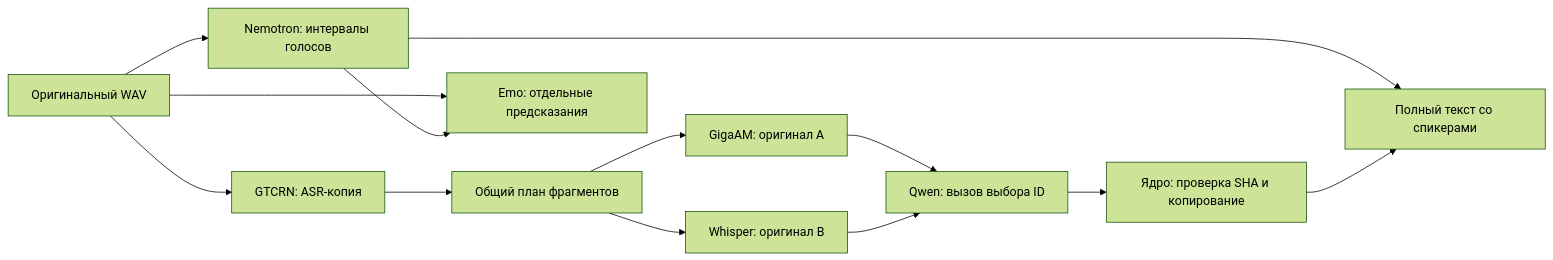
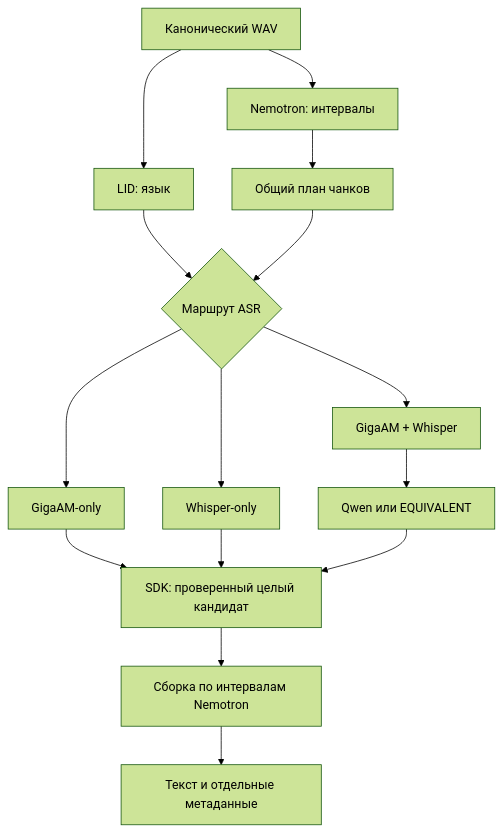
The diagram in docs/architecture/quality-engine.md (Droidje/vexto), drawn with Mermaid (forest theme) before and after one commit. The commit also changed other lines of this file and 30 other files, not shown here.

````diff
--- a/docs/architecture/quality-engine.md
+++ b/docs/architecture/quality-engine.md
@@ -7,15 +7,17 @@
 ```mermaid
-flowchart LR
-    O[Оригинальный WAV] --> N[Nemotron: интервалы голосов]
-    O --> D[GTCRN: ASR-копия]
-    D --> C[Общий план фрагментов]
-    C --> G[GigaAM: оригинал A]
-    C --> W[Whisper: оригинал B]
-    G --> Q[Qwen: вызов выбора ID]
-    W --> Q
-    Q --> K[Ядро: проверка SHA и копирование]
-    N --> T[Полный текст со спикерами]
-    K --> T
-    O --> E[Emo: отдельные предсказания]
-    N --> E
+flowchart TD
+    A[Канонический WAV] --> N[Nemotron: интервалы]
+    A --> L[LID: язык]
+    N --> P[Общий план чанков]
+    L --> R{Маршрут ASR}
+    P --> R
+    R --> G[GigaAM-only]
+    R --> D[GigaAM + Whisper]
+    R --> W[Whisper-only]
+    G --> S[SDK: проверенный целый кандидат]
+    W --> S
+    D --> Q[Qwen или EQUIVALENT]
+    Q --> S
+    S --> T[Сборка по интервалам Nemotron]
+    T --> M[Текст и отдельные метаданные]
 ```
````
